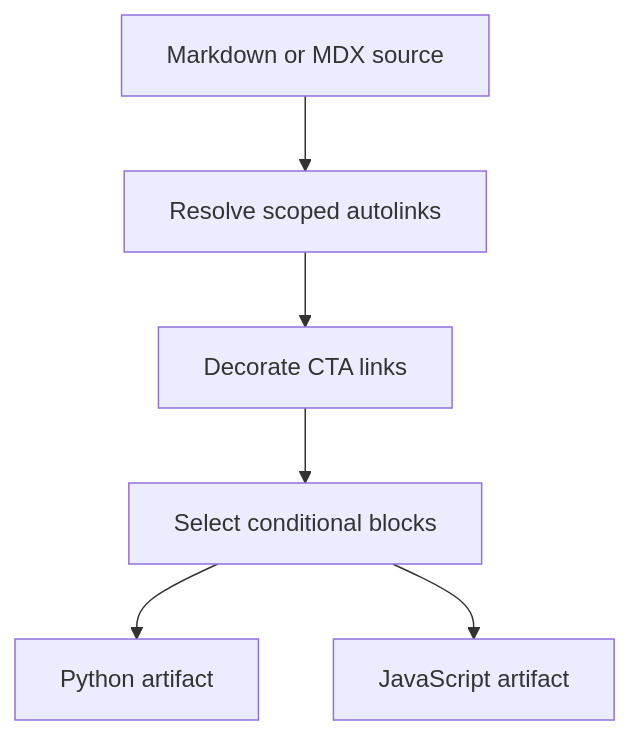
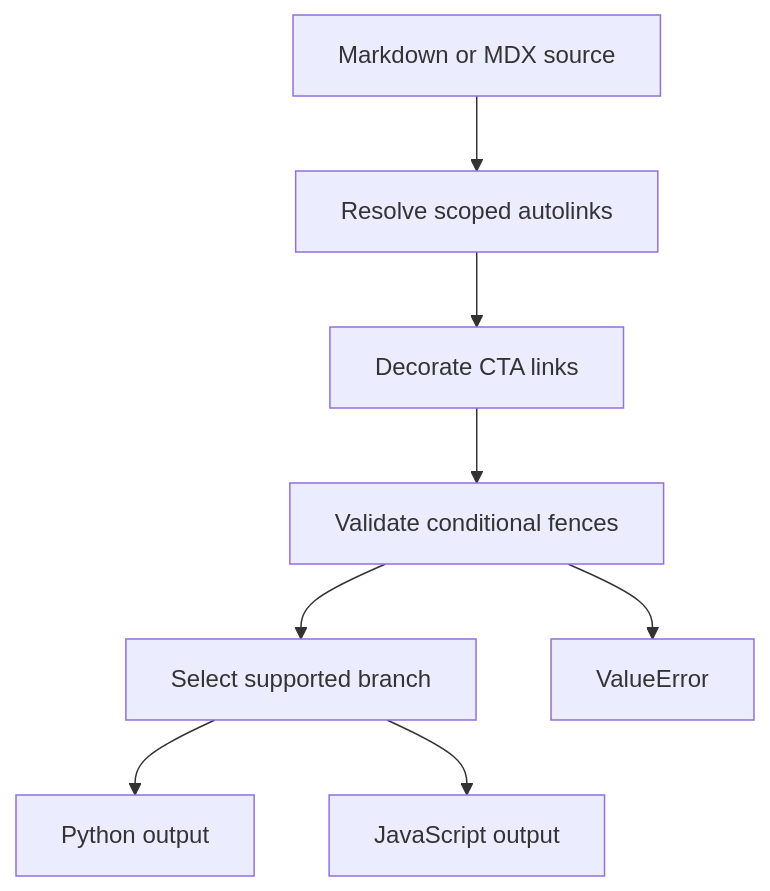
One commit to langchain-ai/docs changed the diagram in openwiki/testing/conditional-rendering.md. Above: the diagram before and after it, drawn with Mermaid. The commit also changed other lines of this file and 47 other files, not shown here.

````diff
--- a/openwiki/testing/conditional-rendering.md
+++ b/openwiki/testing/conditional-rendering.md
@@ -59,8 +49,10 @@
 ```mermaid
 flowchart TD
     Source["Markdown or MDX source"] --> Links["Resolve scoped autolinks"]
     Links --> Cta["Decorate CTA links"]
-    Cta --> Render["Select conditional blocks"]
-    Render --> Python["Python artifact"]
-    Render --> JavaScript["JavaScript artifact"]
+    Cta --> Validate["Validate conditional fences"]
+    Validate --> Render["Select supported branch"]
+    Render --> Python["Python output"]
+    Render --> JavaScript["JavaScript output"]
+    Validate --> Failure["ValueError"]
 ```
````
